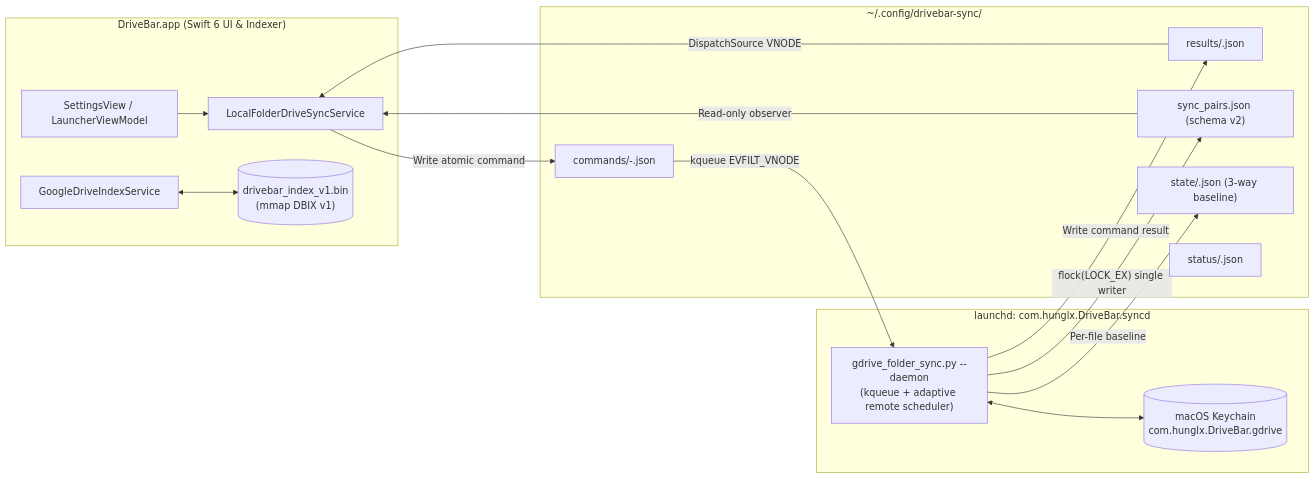
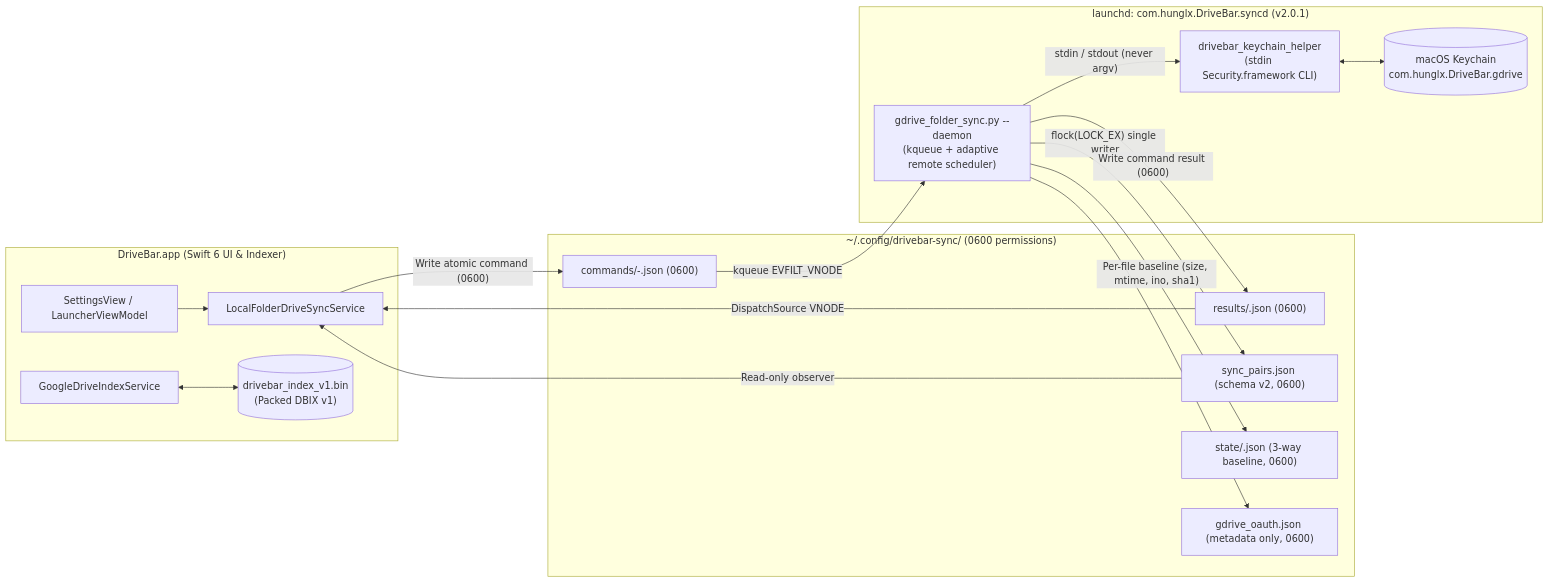
Before and after one commit to hungmtuci/DriveBar: the diagram in docs/SYNC_ARCHITECTURE.md, drawn with Mermaid. The commit also changed other lines of this file and 11 other files, not shown here.

Commit message:
fix(sync): restore templates, defer dataless conflicts, 0600 secrets, keychain via stdin

````diff
--- a/docs/SYNC_ARCHITECTURE.md
+++ b/docs/SYNC_ARCHITECTURE.md
@@ -9,33 +9,36 @@
 ```mermaid
 flowchart LR
     subgraph SwiftApp["DriveBar.app (Swift 6 UI & Indexer)"]
         UI["SettingsView / LauncherViewModel"]
         LFS["LocalFolderDriveSyncService"]
         GDI["GoogleDriveIndexService"]
-        BIN[("drivebar_index_v1.bin\n(mmap DBIX v1)")]
+        BIN[("drivebar_index_v1.bin\n(Packed DBIX v1)")]
     end
 
-    subgraph IPC["~/.config/drivebar-sync/"]
-        CMD["commands/<epoch>-<uuid>.json"]
-        RES["results/<uuid>.json"]
-        CFG["sync_pairs.json (schema v2)"]
-        ST["state/<pairId>.json (3-way baseline)"]
-        RUN["status/<pairId>.json"]
+    subgraph IPC["~/.config/drivebar-sync/ (0600 permissions)"]
+        CMD["commands/<epoch>-<uuid>.json (0600)"]
+        RES["results/<uuid>.json (0600)"]
+        CFG["sync_pairs.json (schema v2, 0600)"]
+        ST["state/<pairId>.json (3-way baseline, 0600)"]
+        OAUTH["gdrive_oauth.json (metadata only, 0600)"]
     end
 
-    subgraph Daemon["launchd: com.hunglx.DriveBar.syncd"]
+    subgraph Daemon["launchd: com.hunglx.DriveBar.syncd (v2.0.1)"]
         PY["gdrive_folder_sync.py --daemon\n(kqueue + adaptive remote scheduler)"]
+        KCH["drivebar_keychain_helper\n(stdin Security.framework CLI)"]
         KC[("macOS Keychain\ncom.hunglx.DriveBar.gdrive")]
     end
 
     UI --> LFS
-    LFS -- "Write atomic command" --> CMD
+    LFS -- "Write atomic command (0600)" --> CMD
     CMD -- "kqueue EVFILT_VNODE" --> PY
     PY -- "flock(LOCK_EX) single writer" --> CFG
-    PY -- "Per-file baseline" --> ST
-    PY -- "Write command result" --> RES
+    PY -- "Per-file baseline (size, mtime, ino, sha1)" --> ST
+    PY -- "Write command result (0600)" --> RES
     RES -- "DispatchSource VNODE" --> LFS
     CFG -- "Read-only observer" --> LFS
-    PY <--> KC
+    PY -- "stdin / stdout (never argv)" --> KCH
+    KCH <--> KC
+    PY --> OAUTH
     GDI <--> BIN
 ```
````
